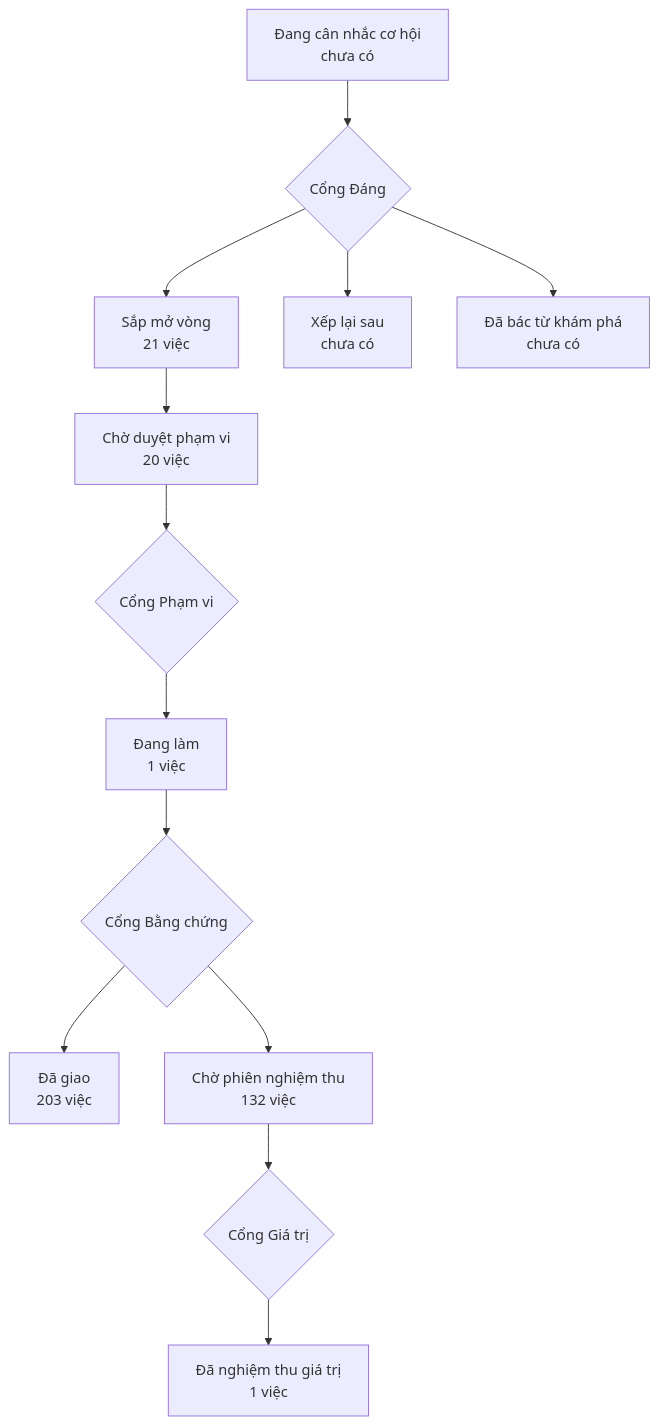
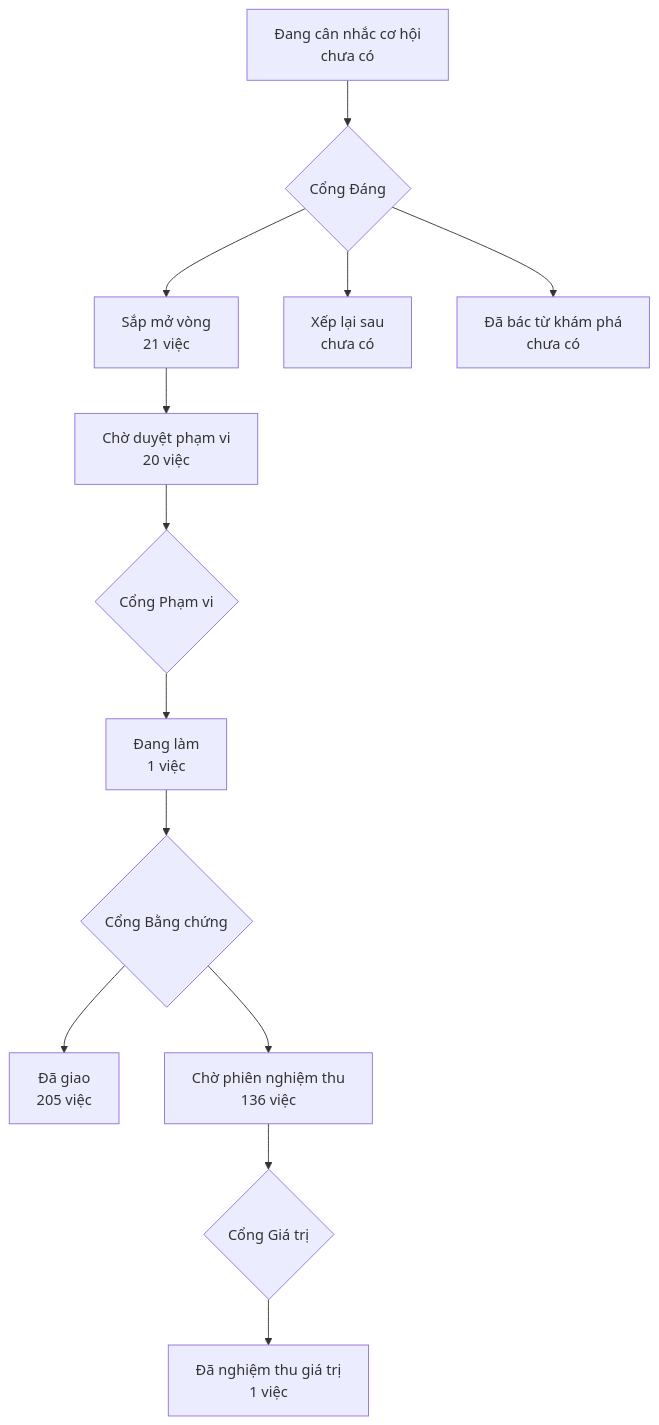
One commit to phanlemanh/onehub-invest changed the diagram in PRODUCT-MAP.md. Above: the diagram before and after it, drawn with Mermaid. The commit also changed other lines of this file and 1 other file, not shown here.

````diff
--- a/PRODUCT-MAP.md
+++ b/PRODUCT-MAP.md
@@ -7,12 +7,12 @@
 ```mermaid
 flowchart TD
   A["Đang cân nhắc cơ hội<br/>chưa có"] --> GD{"Cổng Đáng"}
   GD --> B["Sắp mở vòng<br/>21 việc"]
   GD --> XL["Xếp lại sau<br/>chưa có"]
   GD --> DB["Đã bác từ khám phá<br/>chưa có"]
   B --> CD["Chờ duyệt phạm vi<br/>20 việc"] --> GP{"Cổng Phạm vi"}
   GP --> DL["Đang làm<br/>1 việc"] --> GB{"Cổng Bằng chứng"}
-  GB --> DG["Đã giao<br/>203 việc"]
-  GB --> CN["Chờ phiên nghiệm thu<br/>132 việc"] --> GG{"Cổng Giá trị"}
+  GB --> DG["Đã giao<br/>205 việc"]
+  GB --> CN["Chờ phiên nghiệm thu<br/>136 việc"] --> GG{"Cổng Giá trị"}
   GG --> NT["Đã nghiệm thu giá trị<br/>1 việc"]
 ```
````
